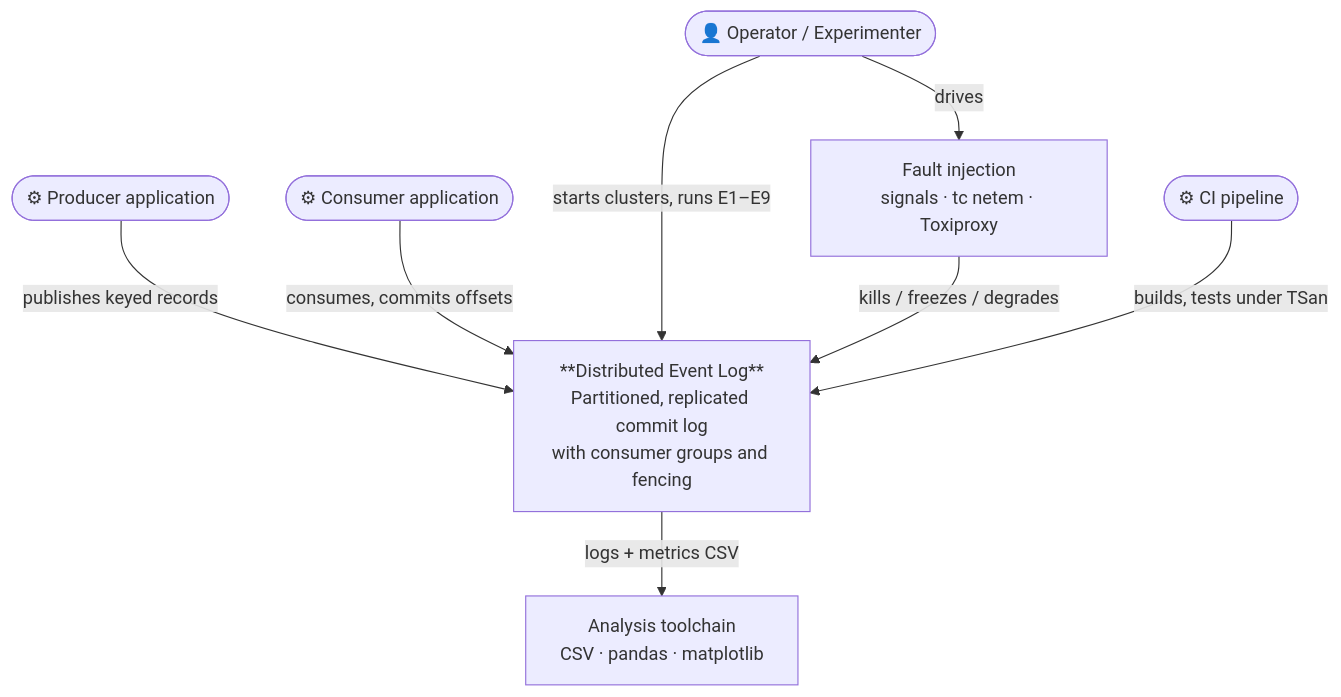
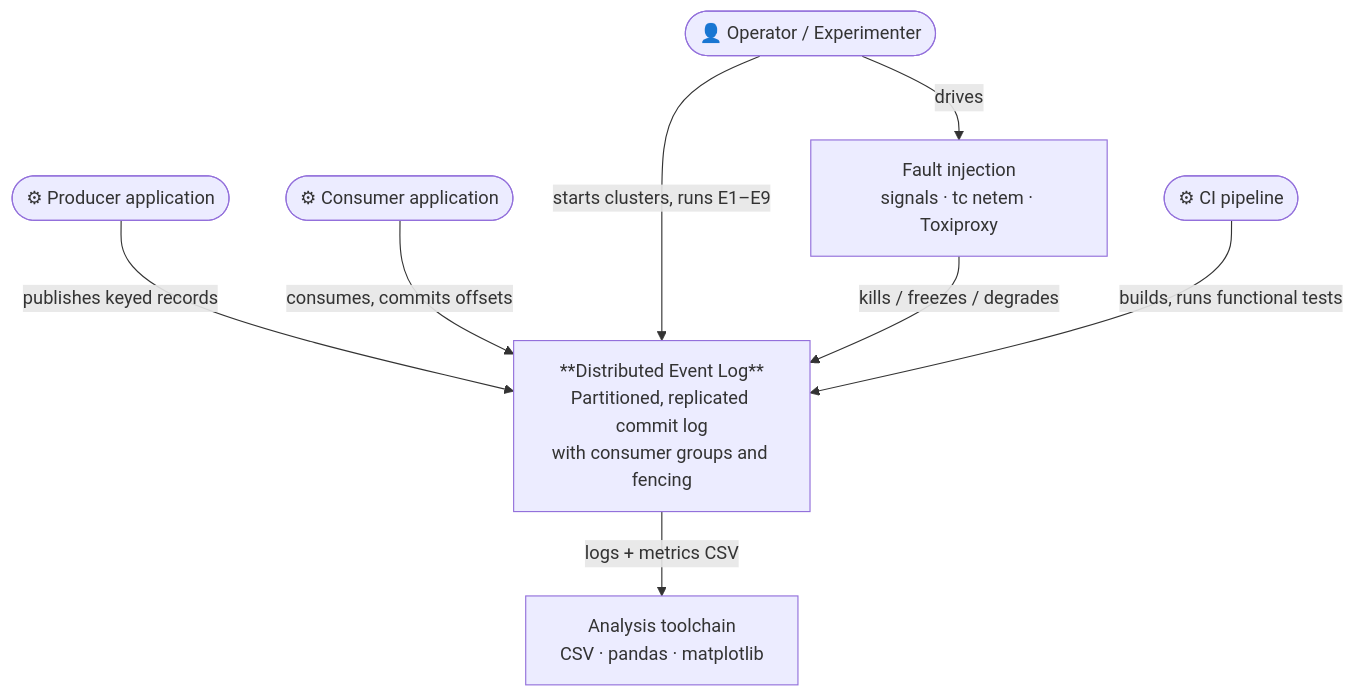
Before and after one commit to shubhamZXCV/kafka: the second of 24 diagrams in docs/high-level-design.md, drawn with Mermaid. The commit also changed other lines of this file and 4 other files, not shown here.

````diff
--- a/docs/high-level-design.md
+++ b/docs/high-level-design.md
@@ -167,20 +175,20 @@
 ```mermaid
 flowchart TB
     OP(["👤 Operator / Experimenter"])
     APP_P(["⚙ Producer application"])
     APP_C(["⚙ Consumer application"])
     CI(["⚙ CI pipeline"])
 
     SYS["**Distributed Event Log**<br/>Partitioned, replicated commit log<br/>with consumer groups and fencing"]
 
     FI["Fault injection<br/>signals · tc netem · Toxiproxy"]
     OBS["Analysis toolchain<br/>CSV · pandas · matplotlib"]
 
     APP_P -- "publishes keyed records" --> SYS
     APP_C -- "consumes, commits offsets" --> SYS
     OP -- "starts clusters, runs E1–E9" --> SYS
     OP -- "drives" --> FI
     FI -- "kills / freezes / degrades" --> SYS
     SYS -- "logs + metrics CSV" --> OBS
-    CI -- "builds, tests under TSan" --> SYS
+    CI -- "builds, runs functional tests" --> SYS
 ```
````
